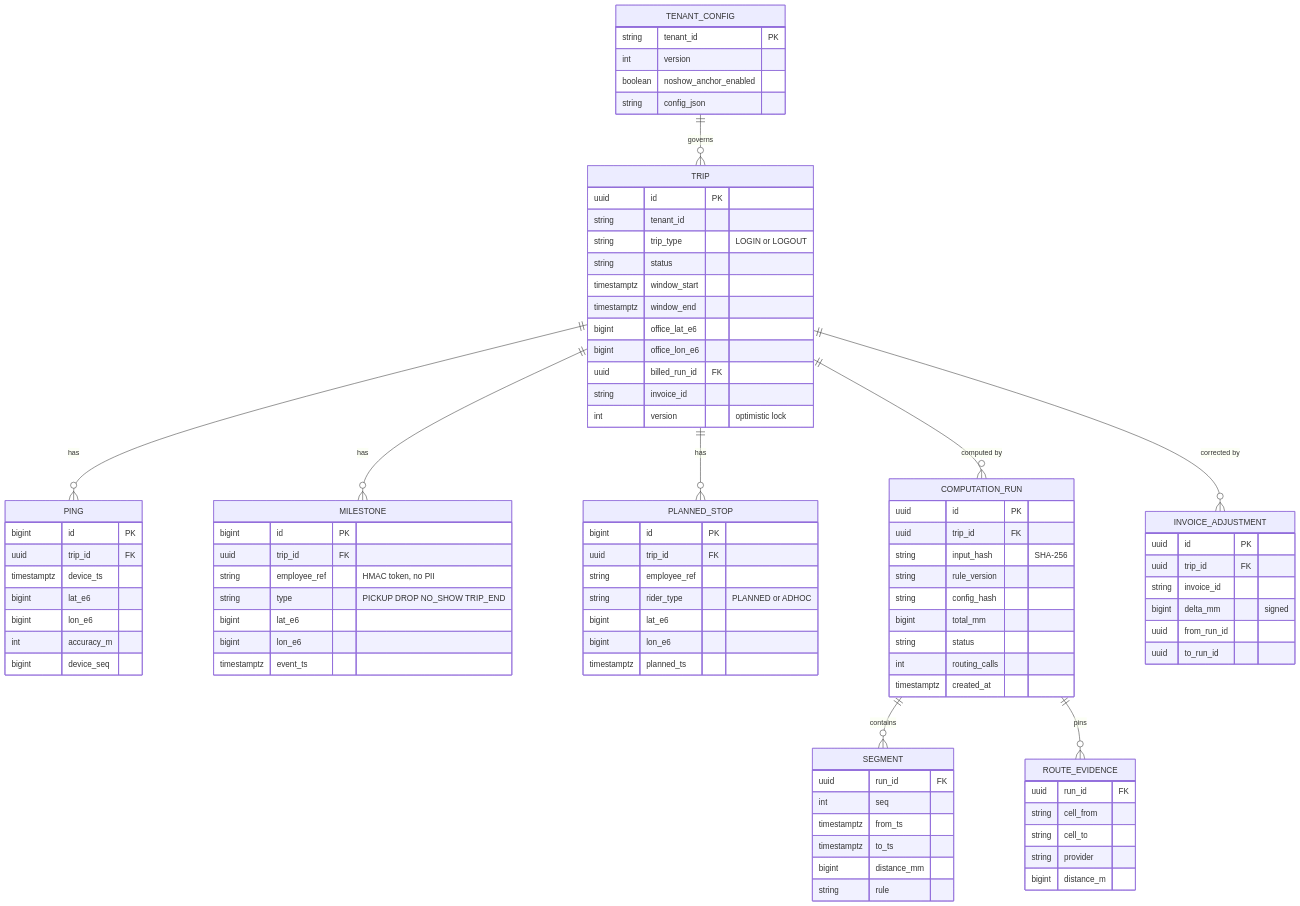
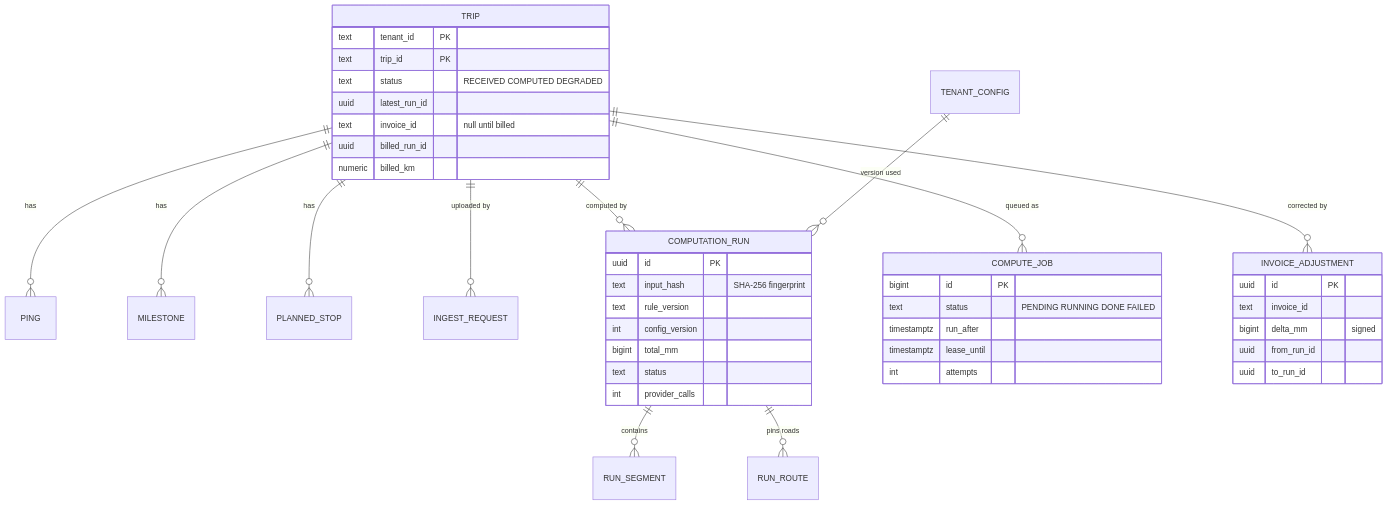
The second of 4 diagrams in docs/DESIGN.md (akshat-nawaria/trip-ledger), drawn with Mermaid before and after one commit. The commit also changed other lines of this file and 4 other files, not shown here.

````diff
--- a/docs/DESIGN.md
+++ b/docs/DESIGN.md
@@ -114,90 +88,44 @@
     TRIP ||--o{ PING : has
     TRIP ||--o{ MILESTONE : has
     TRIP ||--o{ PLANNED_STOP : has
+    TRIP ||--o{ INGEST_REQUEST : "uploaded by"
     TRIP ||--o{ COMPUTATION_RUN : "computed by"
-    COMPUTATION_RUN ||--o{ SEGMENT : contains
-    COMPUTATION_RUN ||--o{ ROUTE_EVIDENCE : pins
+    COMPUTATION_RUN ||--o{ RUN_SEGMENT : contains
+    COMPUTATION_RUN ||--o{ RUN_ROUTE : "pins roads"
+    TRIP ||--o{ COMPUTE_JOB : "queued as"
     TRIP ||--o{ INVOICE_ADJUSTMENT : "corrected by"
-    TENANT_CONFIG ||--o{ TRIP : governs
+    TENANT_CONFIG ||--o{ COMPUTATION_RUN : "version used"
 
     TRIP {
-        uuid id PK
-        string tenant_id
-        string trip_type "LOGIN or LOGOUT"
-        string status
-        timestamptz window_start
-        timestamptz window_end
-        bigint office_lat_e6
-        bigint office_lon_e6
-        uuid billed_run_id FK
-        string invoice_id
-        int version "optimistic lock"
-    }
-    PING {
-        bigint id PK
-        uuid trip_id FK
-        timestamptz device_ts
-        bigint lat_e6
-        bigint lon_e6
-        int accuracy_m
-        bigint device_seq
-    }
-    MILESTONE {
-        bigint id PK
-        uuid trip_id FK
-        string employee_ref "HMAC token, no PII"
-        string type "PICKUP DROP NO_SHOW TRIP_END"
-        bigint lat_e6
-        bigint lon_e6
-        timestamptz event_ts
-    }
-    PLANNED_STOP {
-        bigint id PK
-        uuid trip_id FK
-        string employee_ref
-        string rider_type "PLANNED or ADHOC"
-        bigint lat_e6
-        bigint lon_e6
-        timestamptz planned_ts
+        text tenant_id PK
+        text trip_id PK
+        text status "RECEIVED COMPUTED DEGRADED"
+        uuid latest_run_id
+        text invoice_id "null until billed"
+        uuid billed_run_id
+        numeric billed_km
     }
     COMPUTATION_RUN {
         uuid id PK
-        uuid trip_id FK
-        string input_hash "SHA-256"
-        string rule_version
-        string config_hash
+        text input_hash "SHA-256 fingerprint"
+        text rule_version
+        int config_version
         bigint total_mm
-        string status
-        int routing_calls
-        timestamptz created_at
-    }
-    SEGMENT {
-        uuid run_id FK
-        int seq
-        timestamptz from_ts
-        timestamptz to_ts
-        bigint distance_mm
-        string rule
-    }
-    ROUTE_EVIDENCE {
-        uuid run_id FK
-        string cell_from
-        string cell_to
-        string provider
-        bigint distance_m
+        text status
+        int provider_calls
     }
     INVOICE_ADJUSTMENT {
         uuid id PK
-        uuid trip_id FK
-        string invoice_id
+        text invoice_id
         bigint delta_mm "signed"
         uuid from_run_id
         uuid to_run_id
     }
-    TENANT_CONFIG {
-        string tenant_id PK
-        int version
-        boolean noshow_anchor_enabled
-        string config_json
+    COMPUTE_JOB {
+        bigint id PK
+        text status "PENDING RUNNING DONE FAILED"
+        timestamptz run_after
+        timestamptz lease_until
+        int attempts
     }
 ```
````
